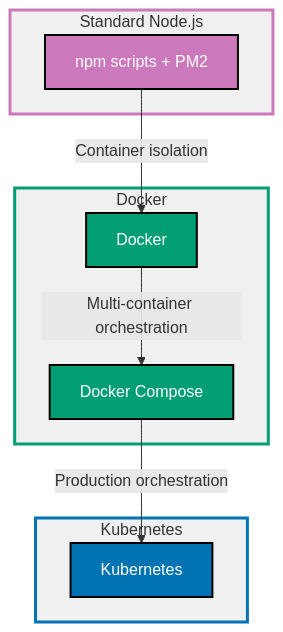
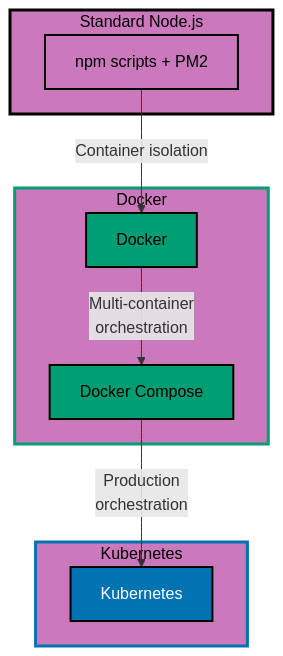
Before and after one commit to wahidyankf/ose-public: the diagram in apps/ayokoding-www/content/en/learn/legacy/software-engineering/programming-languages/typescript/in-the-field/docker-and-kubernetes.md, drawn with Mermaid. The commit also changed 112 other files, not shown here.

First line of the commit message:
fix(mermaid): bring the legacy programming-languages diagrams onto the accessible palette

````diff
--- a/apps/ayokoding-www/content/en/learn/legacy/software-engineering/programming-languages/typescript/in-the-field/docker-and-kubernetes.md
+++ b/apps/ayokoding-www/content/en/learn/legacy/software-engineering/programming-languages/typescript/in-the-field/docker-and-kubernetes.md
@@ -980,35 +980,41 @@
 ```mermaid
 %% Color Palette: Blue #0173B2, Orange #DE8F05, Teal #029E73, Purple #CC78BC
 %% All colors are color-blind friendly and meet WCAG AA contrast standards
 
 graph TB
+    accTitle: Container Deployment Progression Diagram
+    accDescr: Graph with 4 nodes and 3 connections. Nodes: npm scripts + PM2, Docker, Docker Compose, Kubernetes. Connections: npm scripts + PM2 to Docker (Container isolation), Docker to Docker Compose (Multi-container orchestration), Docker Compose to Kubernetes (Production orchestration).
     A[npm scripts + PM2] -->|Container isolation| B[Docker]
-    B -->|Multi-container orchestration| C[Docker Compose]
-    C -->|Production orchestration| D[Kubernetes]
+    B -->|Multi-container<br/>orchestration| C[Docker Compose]
+    C -->|Production<br/>orchestration| D[Kubernetes]
 
     A:::standard
     B:::framework
     C:::framework
     D:::production
 
-    classDef standard fill:#CC78BC,stroke:#000000,color:#FFFFFF,stroke-width:2px
-    classDef framework fill:#029E73,stroke:#000000,color:#FFFFFF,stroke-width:2px
+    classDef standard fill:#CC78BC,stroke:#000000,color:#000000,stroke-width:2px
+    classDef framework fill:#029E73,stroke:#000000,color:#000000,stroke-width:2px
     classDef production fill:#0173B2,stroke:#000000,color:#FFFFFF,stroke-width:2px
 
     subgraph Standard[" Standard Node.js "]
         A
     end
 
     subgraph Containers[" Docker "]
         B
         C
     end
 
     subgraph Orchestration[" Kubernetes "]
         D
     end
 
-    style Standard fill:#F0F0F0,stroke:#CC78BC,stroke-width:3px
-    style Containers fill:#F0F0F0,stroke:#029E73,stroke-width:3px
-    style Orchestration fill:#F0F0F0,stroke:#0173B2,stroke-width:3px
+    classDef pal-CC78BC fill:#CC78BC,stroke:#000000,color:#000000,stroke-width:3px
+    class Standard pal-CC78BC
+    classDef pal-CC78BC-2 fill:#CC78BC,stroke:#029E73,color:#000000,stroke-width:3px
+    class Containers pal-CC78BC-2
+    classDef pal-CC78BC-3 fill:#CC78BC,stroke:#0173B2,color:#000000,stroke-width:3px
+    class Orchestration pal-CC78BC-3
+    classDef default fill:#FFFFFF,stroke:#000000,color:#000000
 ```
````
